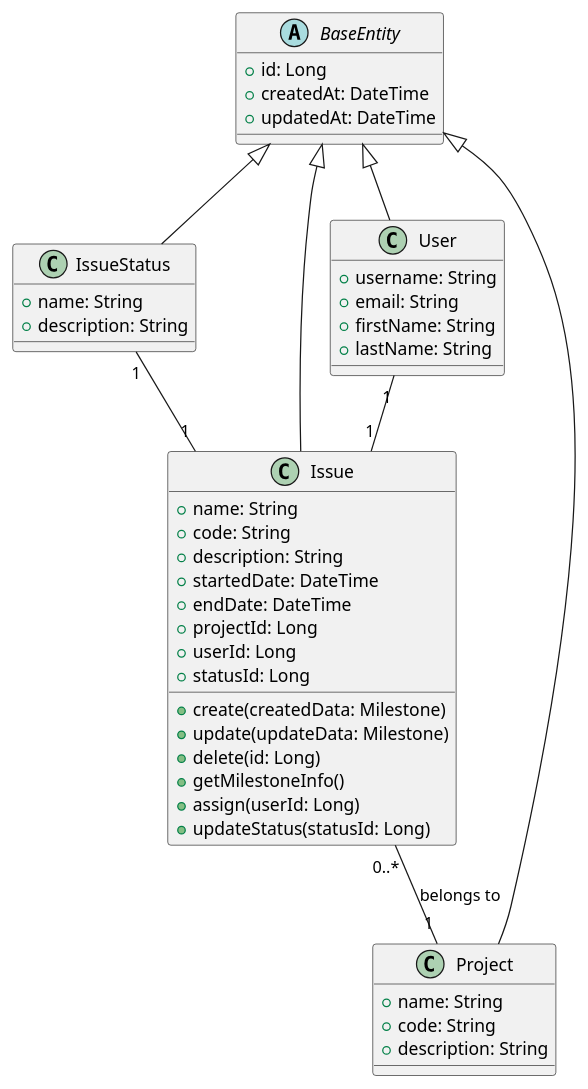
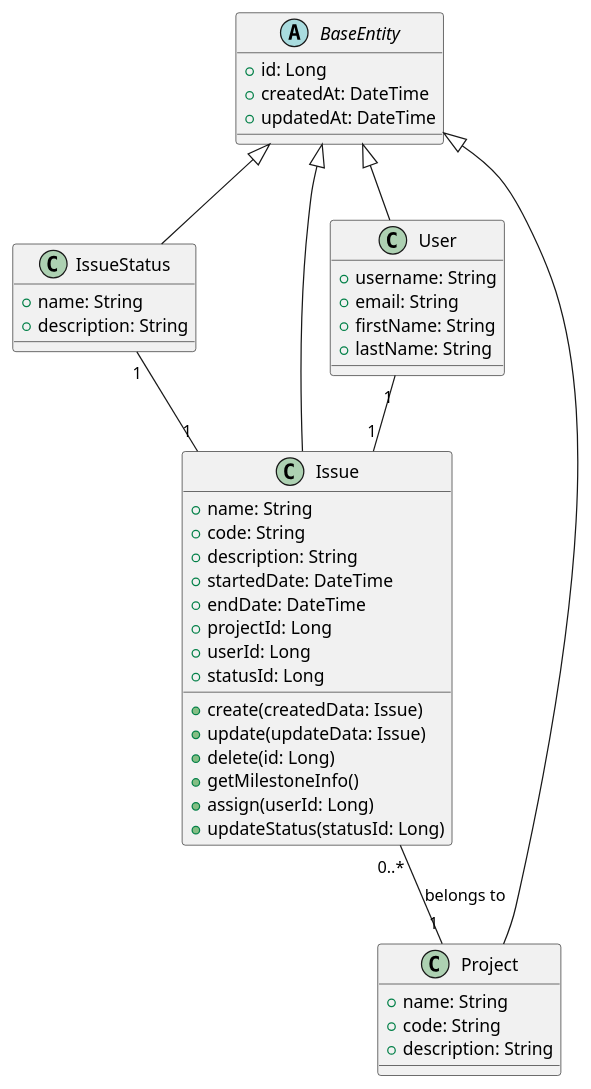
One commit to nguyentanphat8694/LearningAssigment changed the diagram in SWE102x/Assignment2/Issue.plantuml. Above: the diagram before and after it, drawn with PlantUML. The commit also changed 6 other files, not shown here.

```diff
--- a/SWE102x/Assignment2/Issue.plantuml
+++ b/SWE102x/Assignment2/Issue.plantuml
@@ -1,46 +1,46 @@
 @startuml
 abstract class BaseEntity {
   +id: Long
   +createdAt: DateTime
   +updatedAt: DateTime
 }
 class Issue {
   + name: String
   + code: String
   + description: String
   + startedDate: DateTime
   + endDate: DateTime
   + projectId: Long
   + userId: Long
   + statusId: Long
 
-  + create(createdData: Milestone)
-  + update(updateData: Milestone)
+  + create(createdData: Issue)
+  + update(updateData: Issue)
   + delete(id: Long)
   + getMilestoneInfo()
   + assign(userId: Long)
   + updateStatus(statusId: Long)
 }
 class IssueStatus {
   + name: String
   + description: String
 }
 class Project {
   +name: String
   +code: String
   +description: String
 }
 class User {
   +username: String
   +email: String
   +firstName: String
   +lastName: String
 }
 BaseEntity <|-- Issue
 BaseEntity <|-- IssueStatus
 BaseEntity <|-- Project
 BaseEntity <|-- User
 Issue "0..*" -- "1" Project : belongs to
 IssueStatus "1" -- "1" Issue
 User "1" -- "1" Issue
 @enduml
```
